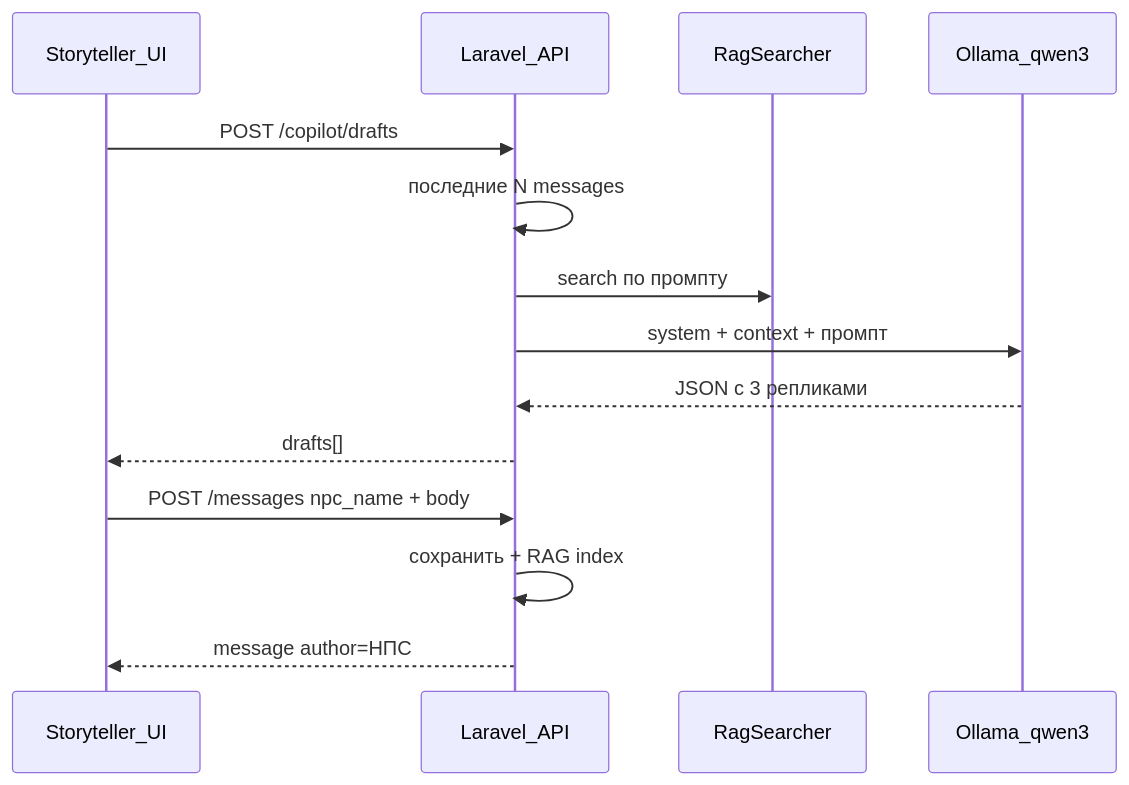
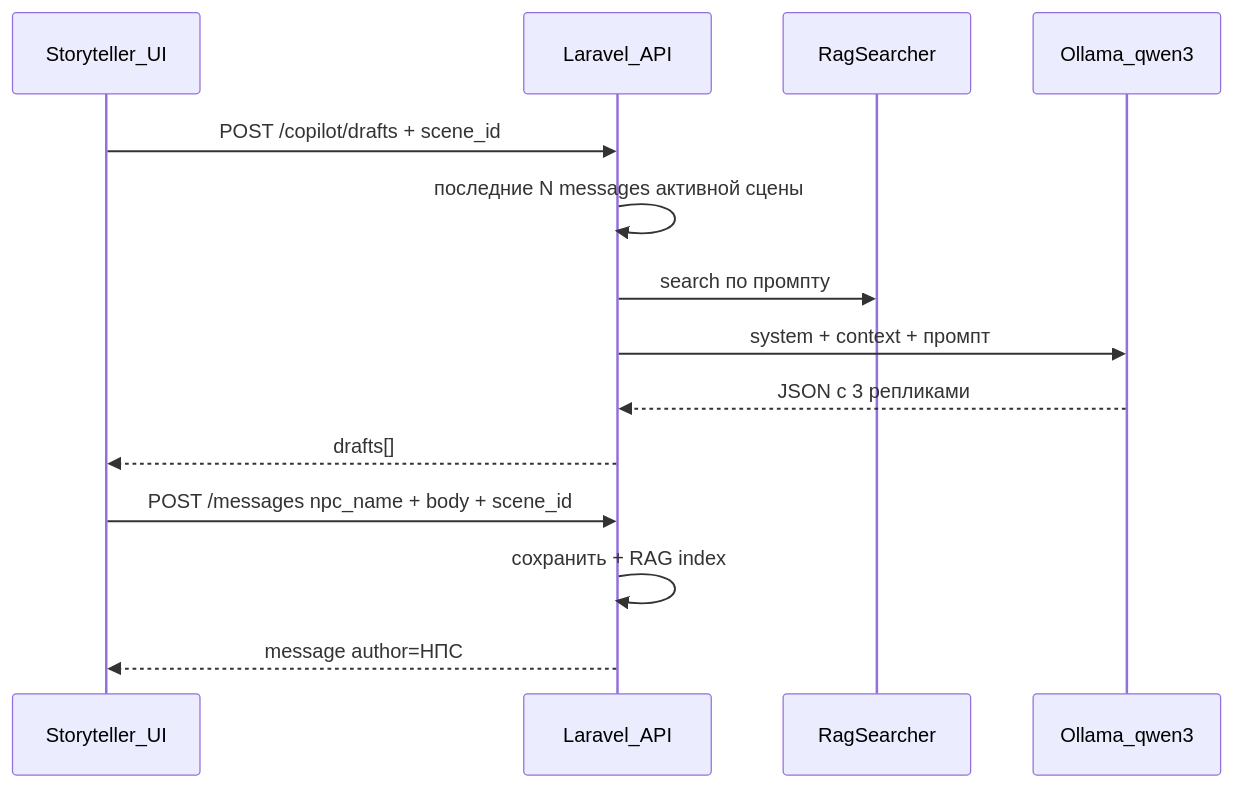
One commit to DmitriyRaskosov/vtm_chat_helper changed the diagram in docs/Features/Copilot.md. Above: the diagram before and after it, drawn with Mermaid. The commit also changed other lines of this file and 53 other files, not shown here.

````diff
--- a/docs/Features/Copilot.md
+++ b/docs/Features/Copilot.md
@@ -20,18 +21,18 @@
 ```mermaid
 sequenceDiagram
     participant ST as Storyteller_UI
     participant API as Laravel_API
     participant RAG as RagSearcher
     participant Ollama as Ollama_qwen3
 
-    ST->>API: POST /copilot/drafts
-    API->>API: последние N messages
+    ST->>API: POST /copilot/drafts + scene_id
+    API->>API: последние N messages активной сцены
     API->>RAG: search по промпту
     API->>Ollama: system + context + промпт
     Ollama-->>API: JSON с 3 репликами
     API-->>ST: drafts[]
 
-    ST->>API: POST /messages npc_name + body
+    ST->>API: POST /messages npc_name + body + scene_id
     API->>API: сохранить + RAG index
     API-->>ST: message author=НПС
 ```
````
